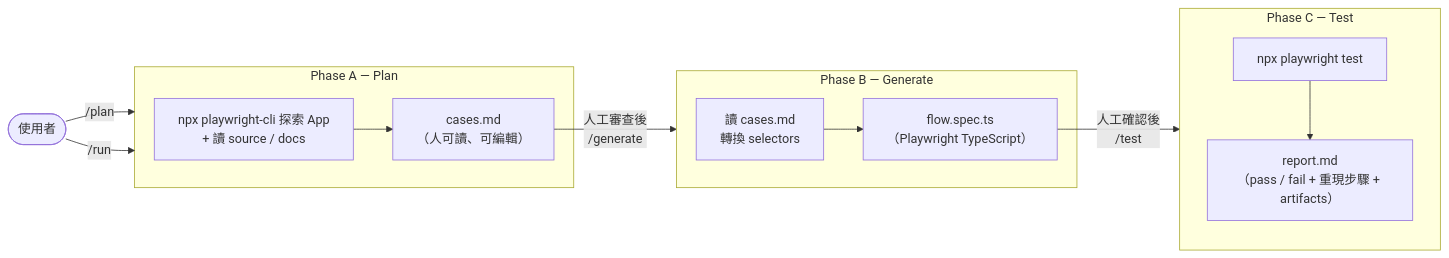
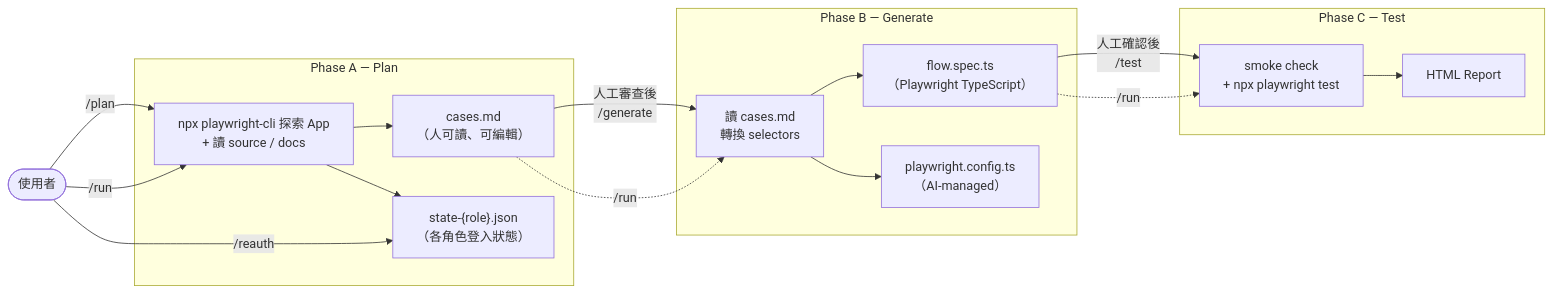
The diagram in README.md (cuboid0223/qa-engine-cli), drawn with Mermaid before and after one commit. The commit also changed other lines of this file and 52 other files, not shown here.

````diff
--- a/README.md
+++ b/README.md
@@ -43,26 +42,32 @@
 ```mermaid
 flowchart LR
     User(["使用者"])
 
-    User -->|"/plan"| A
-    User -->|"/run"| A
+    User -->|"/plan"| A1
+    User -->|"/run"| A1
 
     subgraph A["Phase A — Plan"]
         A1["npx playwright-cli 探索 App\n+ 讀 source / docs"]
         A1 --> A2["cases.md\n（人可讀、可編輯）"]
+        A1 --> A3["state-{role}.json\n（各角色登入狀態）"]
     end
 
-    A2 -->|"人工審查後\n/generate"| B
+    A2 -->|"人工審查後\n/generate"| B1
+    A2 -.->|"/run"| B1
 
     subgraph B["Phase B — Generate"]
         B1["讀 cases.md\n轉換 selectors"]
         B1 --> B2["flow.spec.ts\n（Playwright TypeScript）"]
+        B1 --> B3["playwright.config.ts\n（AI-managed）"]
     end
 
-    B2 -->|"人工確認後\n/test"| C
+    B2 -->|"人工確認後\n/test"| C1
+    B2 -.->|"/run"| C1
 
     subgraph C["Phase C — Test"]
-        C1["npx playwright test"]
-        C1 --> C2["report.md\n（pass / fail + 重現步驟 + artifacts）"]
+        C1["smoke check\n+ npx playwright test"]
+        C1 --> C2["HTML Report"]
     end
+
+    User -->|"/reauth"| A3
 ```
````
